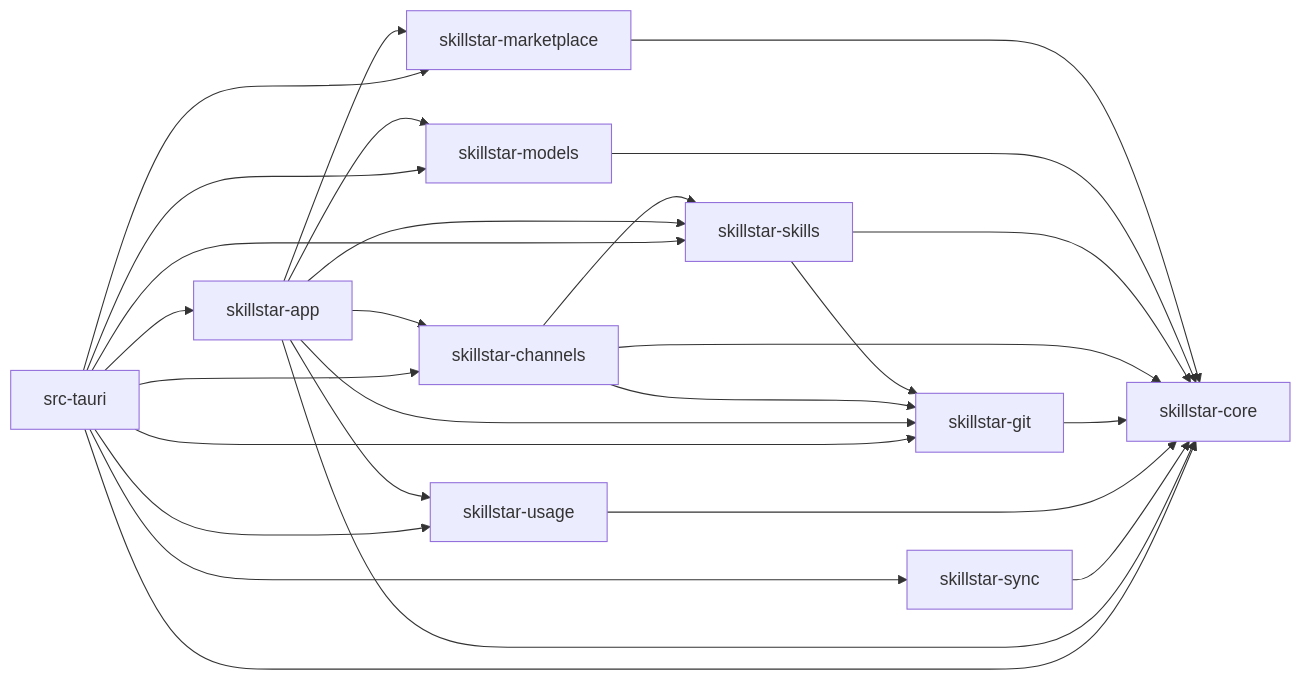
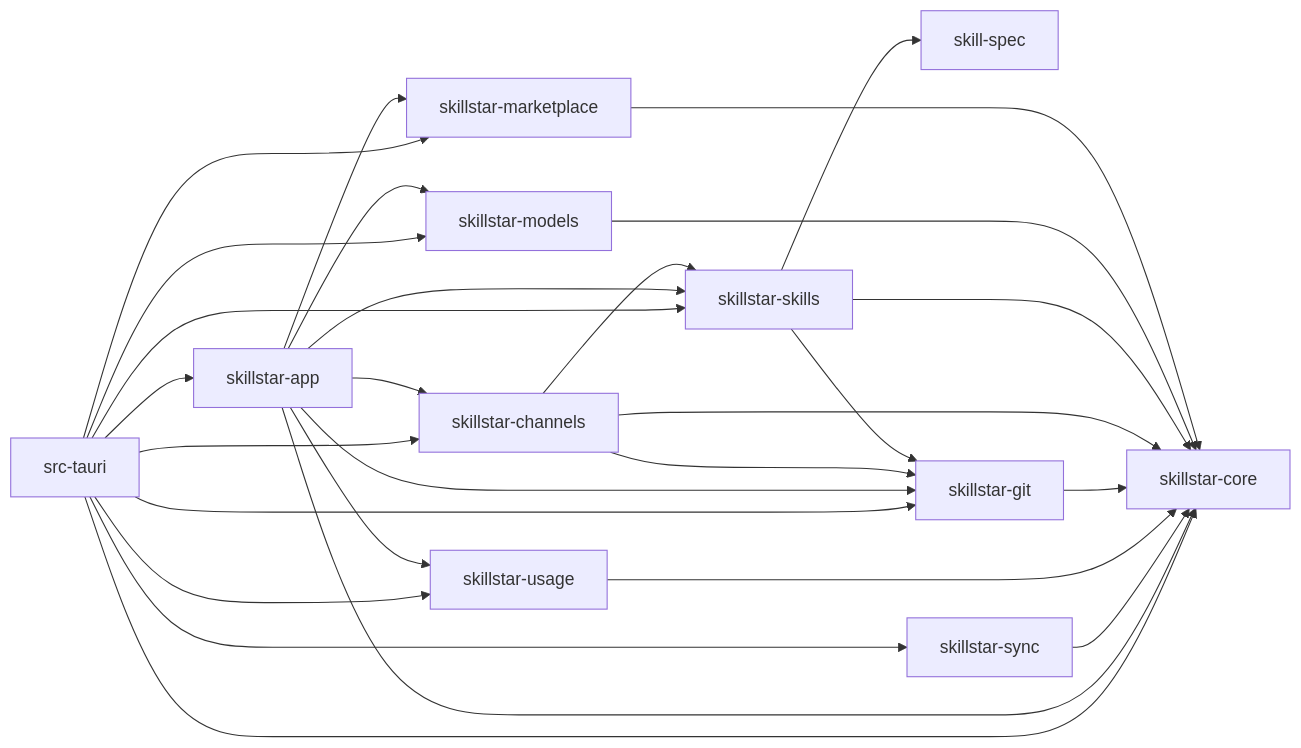
One commit to xxww0098/SkillStar changed the diagram in docs/boundaries.md. Above: the diagram before and after it, drawn with Mermaid. The commit also changed other lines of this file and 12 other files, not shown here.

First line of the commit message:
refactor(skills): extract skill-spec frontmatter leaf crate (#82)

````diff
--- a/docs/boundaries.md
+++ b/docs/boundaries.md
@@ -63,40 +65,42 @@
 ```mermaid
 flowchart LR
+  spec["skill-spec"]
   core["skillstar-core"]
   git["skillstar-git"]
   skills["skillstar-skills"]
   channels["skillstar-channels"]
   market["skillstar-marketplace"]
   models["skillstar-models"]
   usage["skillstar-usage"]
   sync["skillstar-sync"]
   app["skillstar-app"]
   tauri["src-tauri"]
 
   market --> core
   models --> core
+  skills --> spec
   skills --> core
   skills --> git
   channels --> core
   channels --> git
   channels --> skills
   git --> core
   usage --> core
   sync --> core
   app --> core
   app --> skills
   app --> git
   app --> channels
   app --> market
   app --> models
   app --> usage
   tauri --> app
   tauri --> core
   tauri --> skills
   tauri --> git
   tauri --> channels
   tauri --> market
   tauri --> models
   tauri --> usage
   tauri --> sync
 ```
````
